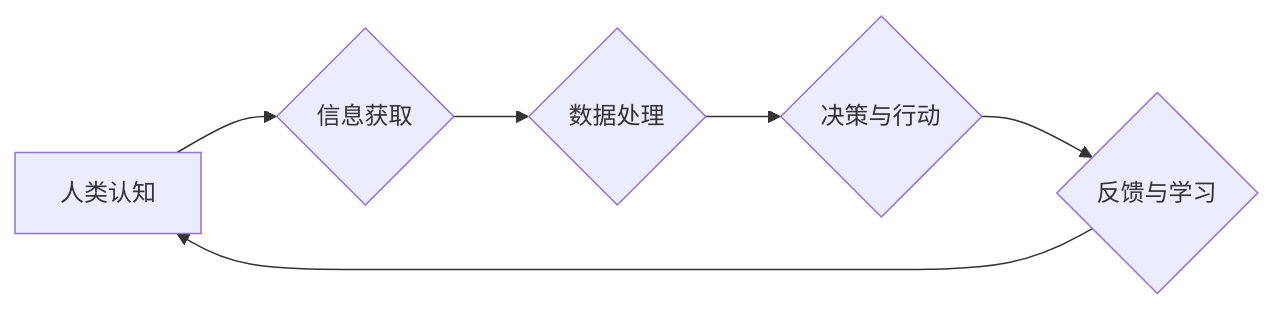
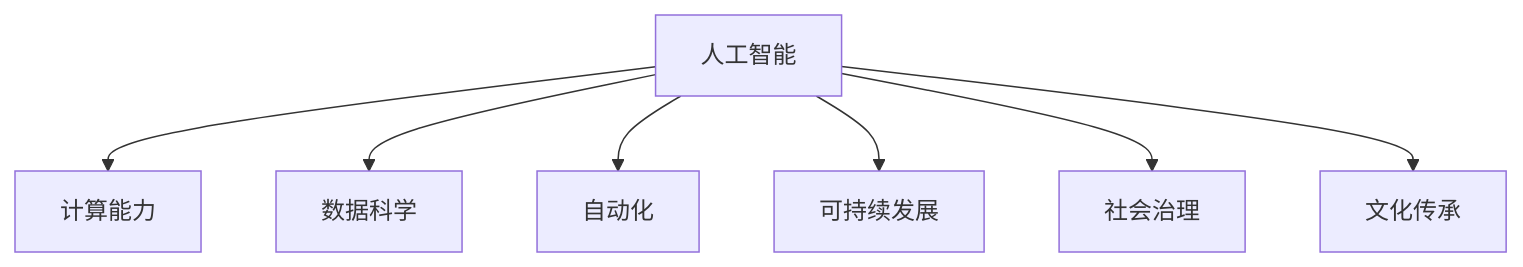
One commit to AIGeniusInstitute/pycnblog changed the diagram in llm/170/推动社会进步的动力：人类计算的积极影响.md. Above: the diagram before and after it, drawn with Mermaid. The commit also changed other lines of this file and 45677 other files, not shown here.

````diff
--- a/llm/170/推动社会进步的动力：人类计算的积极影响.md
+++ b/llm/170/推动社会进步的动力：人类计算的积极影响.md
@@ -31,8 +41,9 @@
 ```mermaid
-graph LR
-    A[人类认知] --> B{信息获取}
-    B --> C{数据处理}
-    C --> D{决策与行动}
-    D --> E{反馈与学习}
-    E --> A
+graph TB
+    A[人工智能] --> B[计算能力]
+    A --> C[数据科学]
+    A --> D[自动化]
+    A --> E[可持续发展]
+    A --> F[社会治理]
+    A --> G[文化传承]
 ```
````
